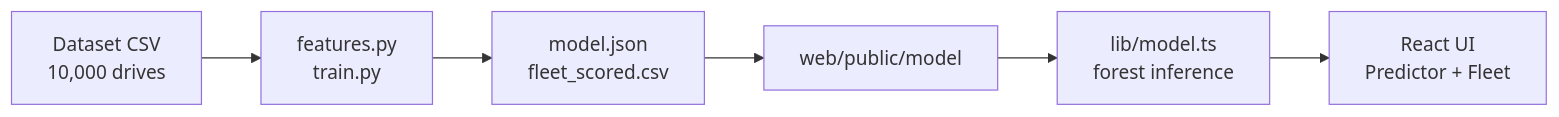
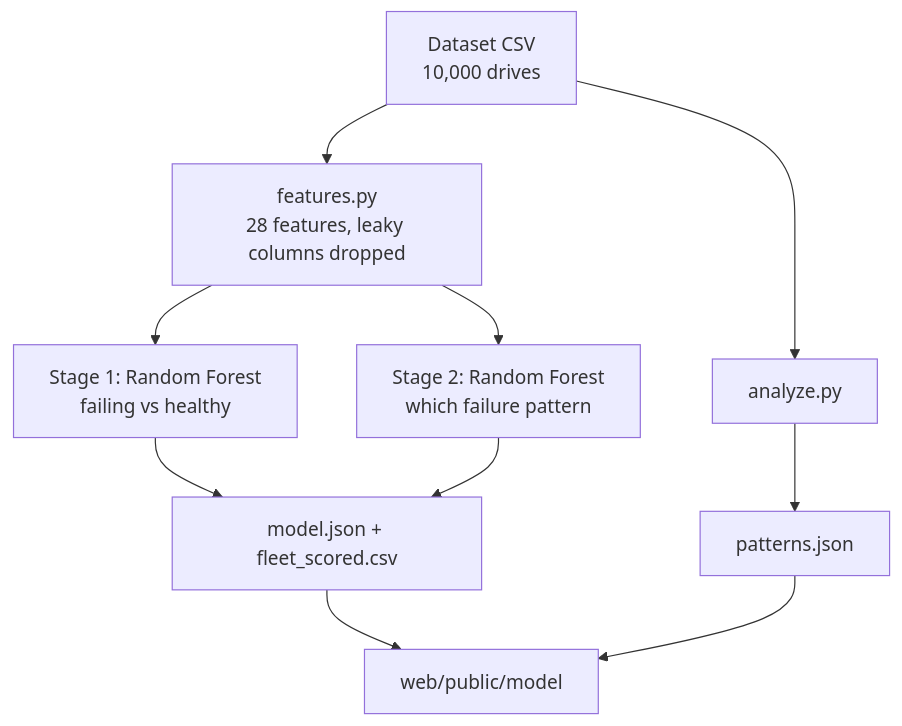
The first of 2 diagrams in README.md (KeyboardNoMouse/nvme-health-core), drawn with Mermaid before and after one commit. The commit also changed other lines of this file and 11 other files, not shown here.

````diff
--- a/README.md
+++ b/README.md
@@ -22,8 +27,11 @@
 ```mermaid
-flowchart LR
-    A[Dataset CSV<br/>10,000 drives] --> B[features.py<br/>train.py]
-    B --> C[model.json<br/>fleet_scored.csv]
-    C --> D[web/public/model]
-    D --> E[lib/model.ts<br/>forest inference]
-    E --> F[React UI<br/>Predictor + Fleet]
+flowchart TD
+    A[Dataset CSV<br/>10,000 drives] --> B[features.py<br/>28 features, leaky columns dropped]
+    B --> C[Stage 1: Random Forest<br/>failing vs healthy]
+    B --> D[Stage 2: Random Forest<br/>which failure pattern]
+    C --> E[model.json + fleet_scored.csv]
+    D --> E
+    A --> F[analyze.py] --> G[patterns.json]
+    E --> H[web/public/model]
+    G --> H
 ```
````
